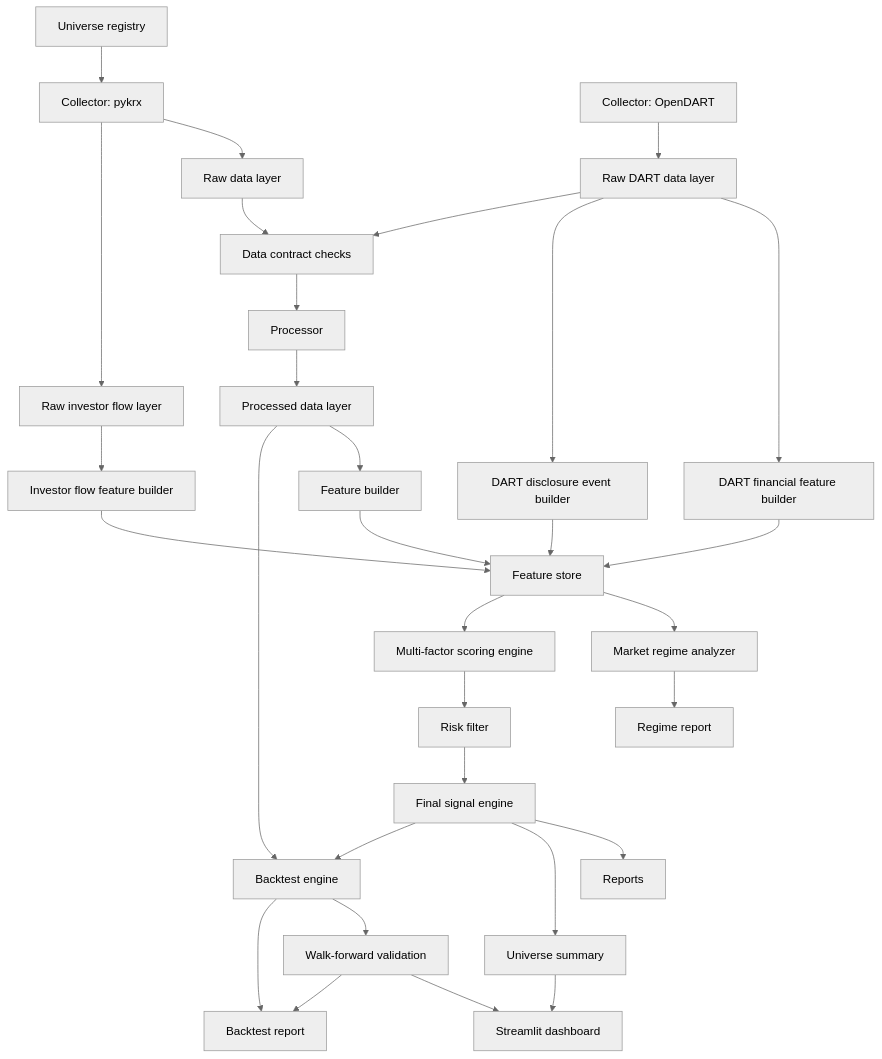
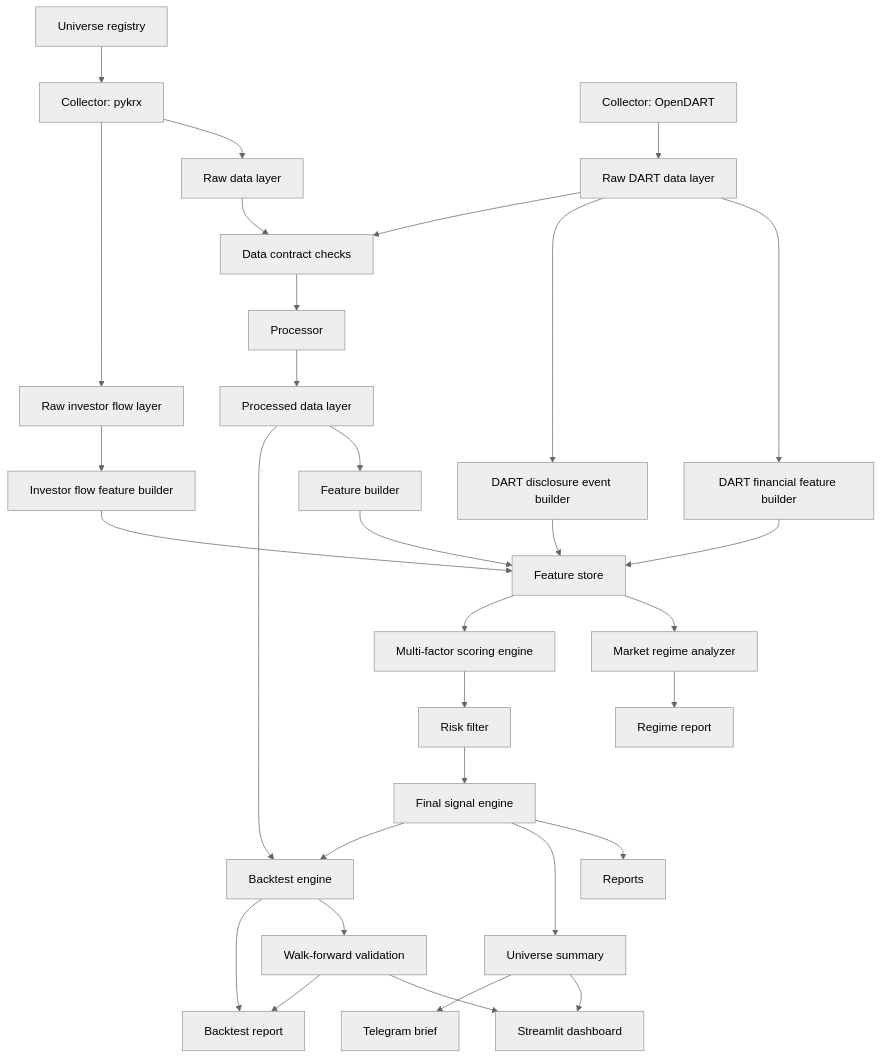
The diagram in docs/architecture.md (pkb0728-lgtm/krx-alpha-platform), drawn with Mermaid (neutral theme) before and after one commit. The commit also changed other lines of this file and 10 other files, not shown here.

Commit message:
Add Telegram daily brief

````diff
--- a/docs/architecture.md
+++ b/docs/architecture.md
@@ -11,33 +11,34 @@
 ```mermaid
 flowchart TD
     U["Universe registry"] --> A
     A["Collector: pykrx"] --> B["Raw data layer"]
     A --> W["Raw investor flow layer"]
     X["Collector: OpenDART"] --> Y["Raw DART data layer"]
     Y --> Z["DART financial feature builder"]
     Y --> V["DART disclosure event builder"]
     Z --> G
     V --> G
     W --> S["Investor flow feature builder"]
     S --> G
     B --> C["Data contract checks"]
     Y --> C
     C --> D["Processor"]
     D --> E["Processed data layer"]
     E --> F["Feature builder"]
     F --> G["Feature store"]
     G --> R["Market regime analyzer"]
     G --> H["Multi-factor scoring engine"]
     H --> I["Risk filter"]
     I --> J["Final signal engine"]
     J --> K["Reports"]
     J --> L["Universe summary"]
     L --> M["Streamlit dashboard"]
+    L --> T["Telegram brief"]
     J --> N["Backtest engine"]
     E --> N
     N --> Q["Walk-forward validation"]
     N --> O["Backtest report"]
     Q --> M
     Q --> O
     R --> P["Regime report"]
 ```
````
